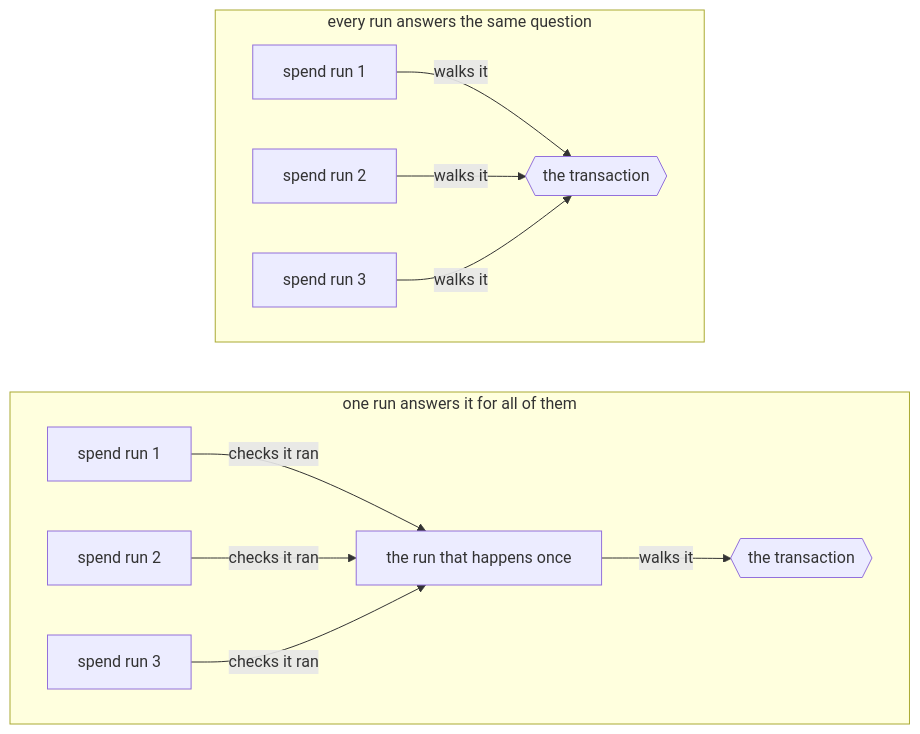
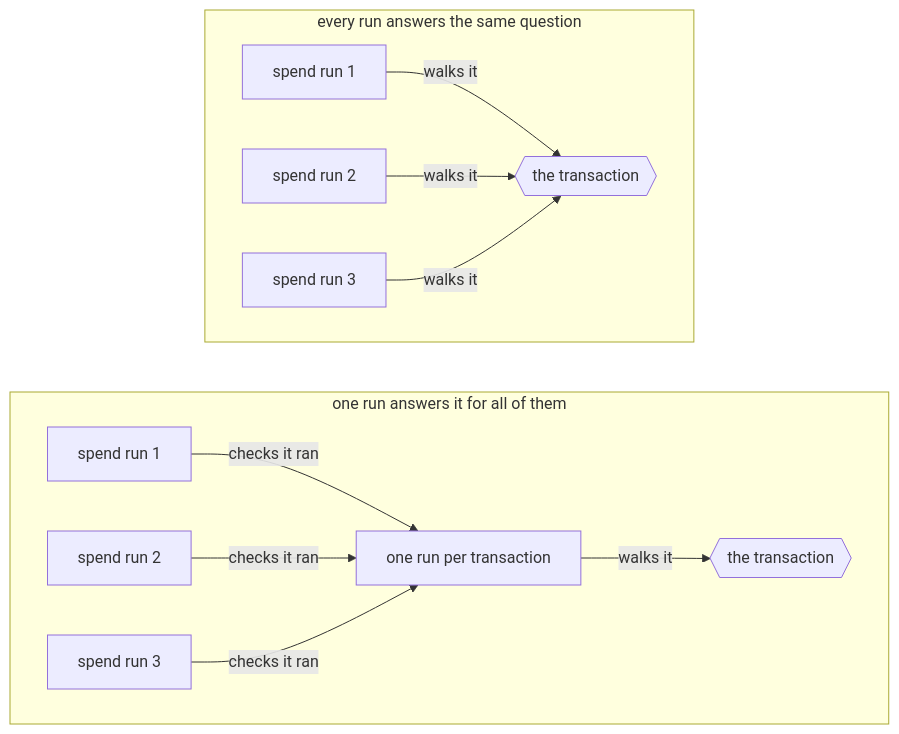
The first of 3 diagrams in docs/developers/onboarding/lectures/advanced/2-optimization.md (cardano-foundation/developer-portal), drawn with Mermaid before and after one commit. The commit also changed other lines of this file and 1 other file, not shown here.

Commit message:
Add diagrams, name the withdraw zero trick and correct the size limit in the Optimization lecture

````diff
--- a/docs/developers/onboarding/lectures/advanced/2-optimization.md
+++ b/docs/developers/onboarding/lectures/advanced/2-optimization.md
@@ -70,17 +70,17 @@
 ```mermaid
 flowchart TB
     subgraph BEFORE["every run answers the same question"]
         direction LR
         B1["spend run 1"] -->|walks it| BT{{"the transaction"}}
         B2["spend run 2"] -->|walks it| BT
         B3["spend run 3"] -->|walks it| BT
     end
     subgraph AFTER["one run answers it for all of them"]
         direction LR
         A1["spend run 1"] -->|checks it ran| A0
-        A2["spend run 2"] -->|checks it ran| A0["the run that happens once"]
+        A2["spend run 2"] -->|checks it ran| A0["one run per transaction"]
         A3["spend run 3"] -->|checks it ran| A0
         A0 -->|walks it| AT{{"the transaction"}}
     end
     BEFORE ~~~ AFTER
 ```
````
